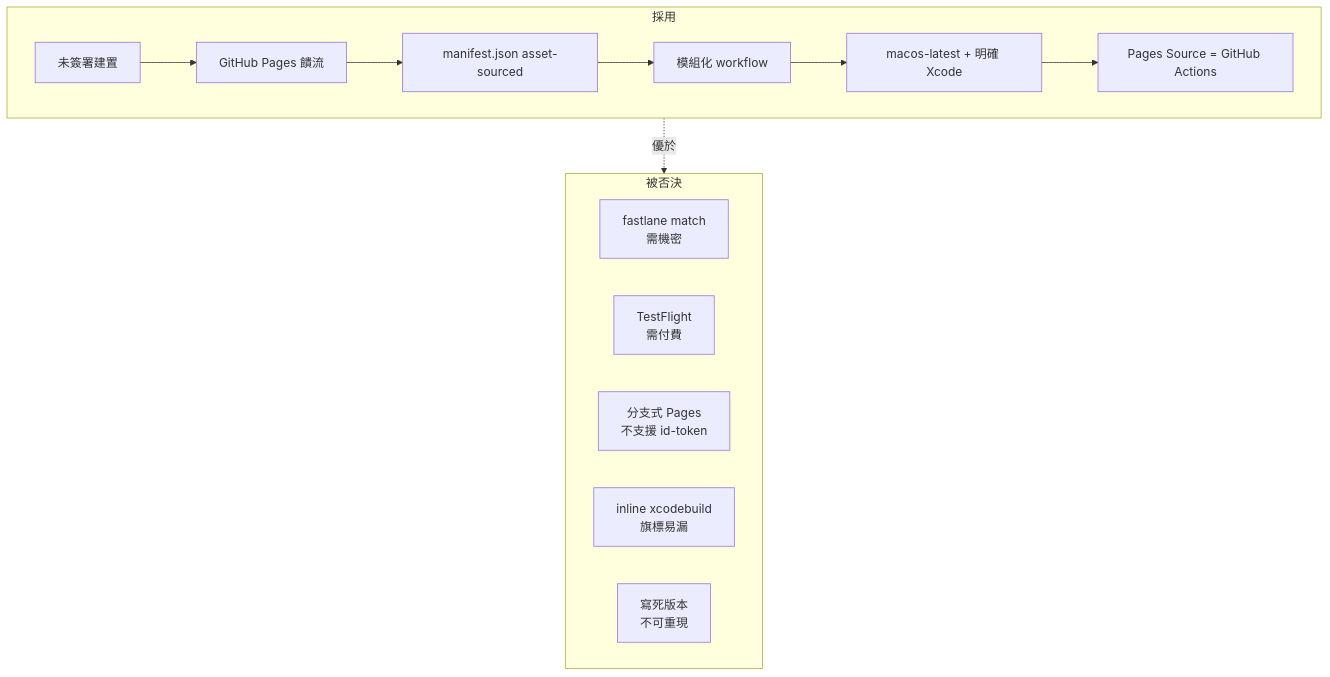
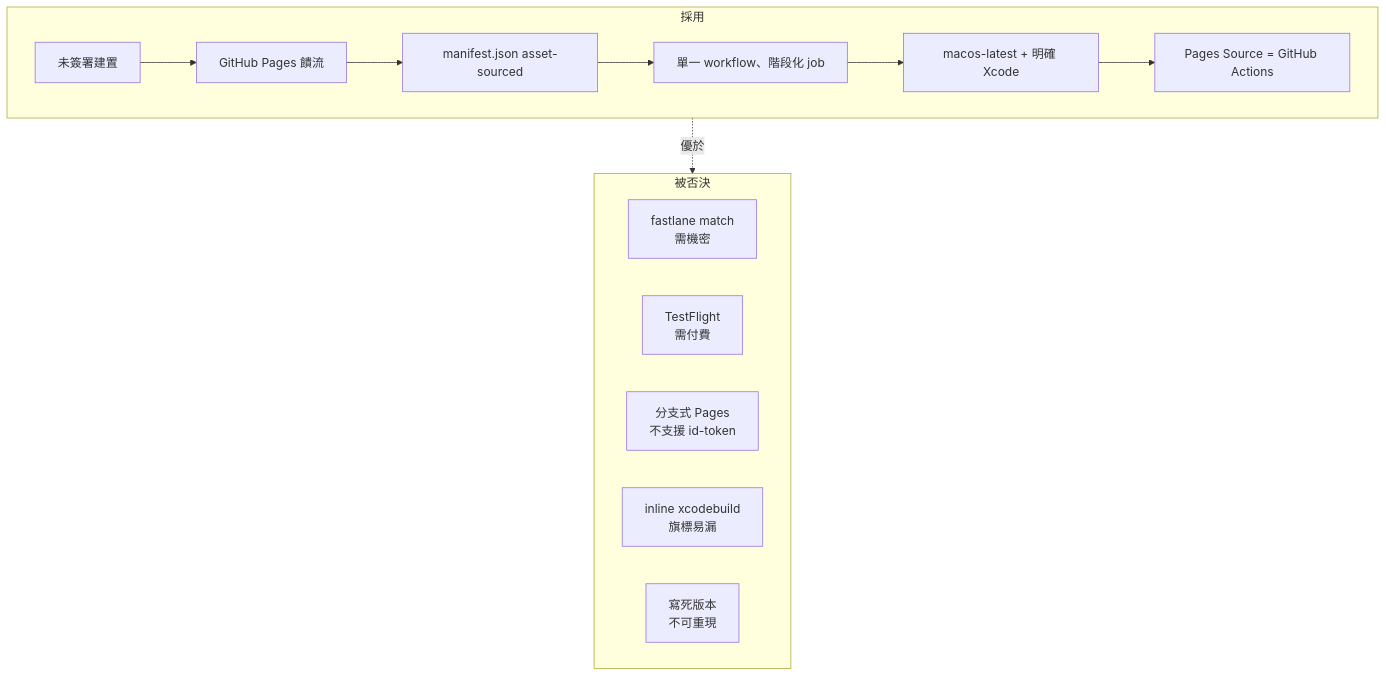
Before and after one commit to Mcc-Mak/ios-app: the diagram in docbase/pdr.md, drawn with Mermaid. The commit also changed other lines of this file and 28 other files, not shown here.

````diff
--- a/docbase/pdr.md
+++ b/docbase/pdr.md
@@ -5,18 +5,18 @@
 ```mermaid
 flowchart TD
   subgraph 採用["採用"]
     A1["未簽署建置"] --> A2["GitHub Pages 饋流"]
     A2 --> A3["manifest.json asset-sourced"]
-    A3 --> A4["模組化 workflow"]
+    A3 --> A4["單一 workflow、階段化 job"]
     A4 --> A5["macos-latest + 明確 Xcode"]
     A5 --> A6["Pages Source = GitHub Actions"]
   end
   subgraph 否決["被否決"]
     R1["fastlane match<br/>需機密"]
     R2["TestFlight<br/>需付費"]
     R3["分支式 Pages<br/>不支援 id-token"]
     R4["inline xcodebuild<br/>旗標易漏"]
     R5["寫死版本<br/>不可重現"]
   end
   採用 -.優於.-> 否決
 ```
````
